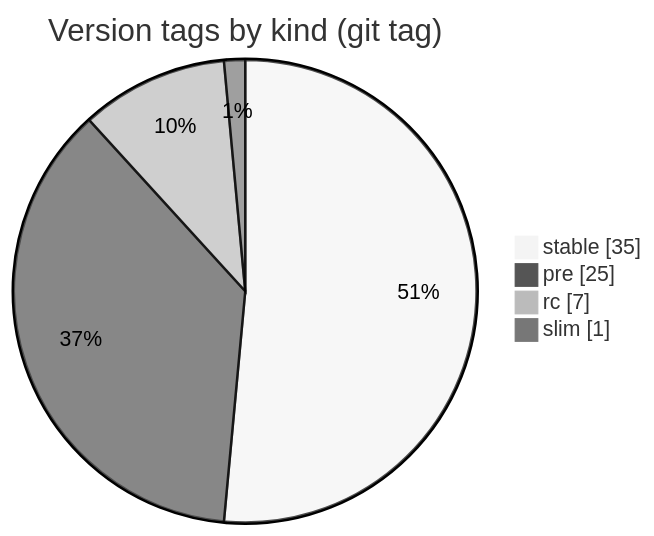
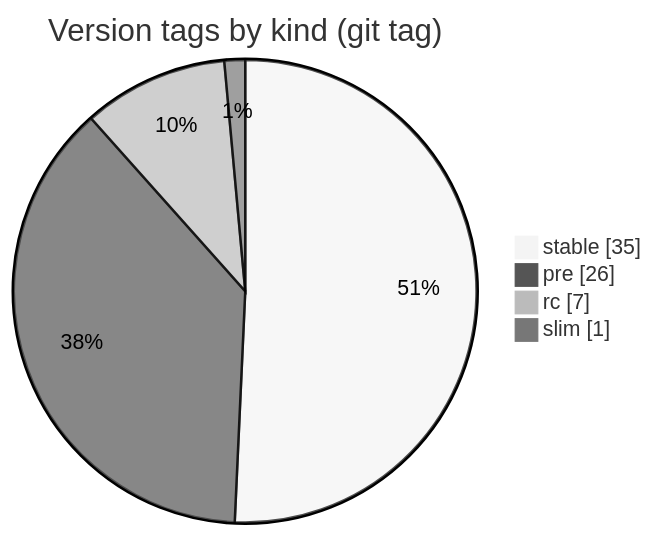
Diagram 14 of 14 in docs/atlas/10-ops-ci-release.md (mfittko/dev-loops), drawn with Mermaid (neutral theme) before and after one commit. The commit also changed other lines of this file, not shown here.

````diff
--- a/docs/atlas/10-ops-ci-release.md
+++ b/docs/atlas/10-ops-ci-release.md
@@ -375,8 +375,8 @@
 ```mermaid
 pie showData
   title Version tags by kind (git tag)
   "stable" : 35
-  "pre" : 25
+  "pre" : 26
   "rc" : 7
   "slim" : 1
 ```
````
